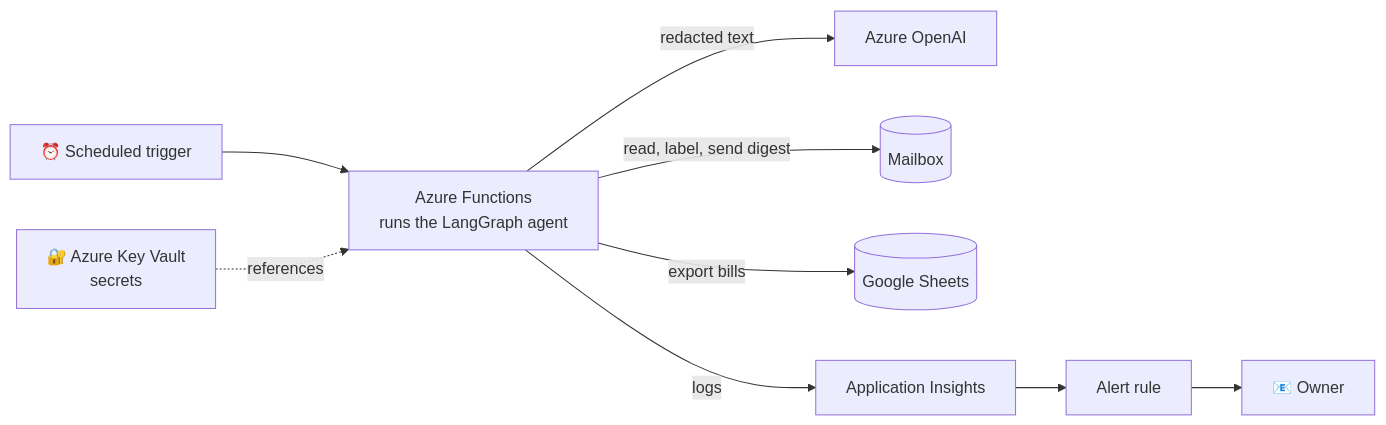
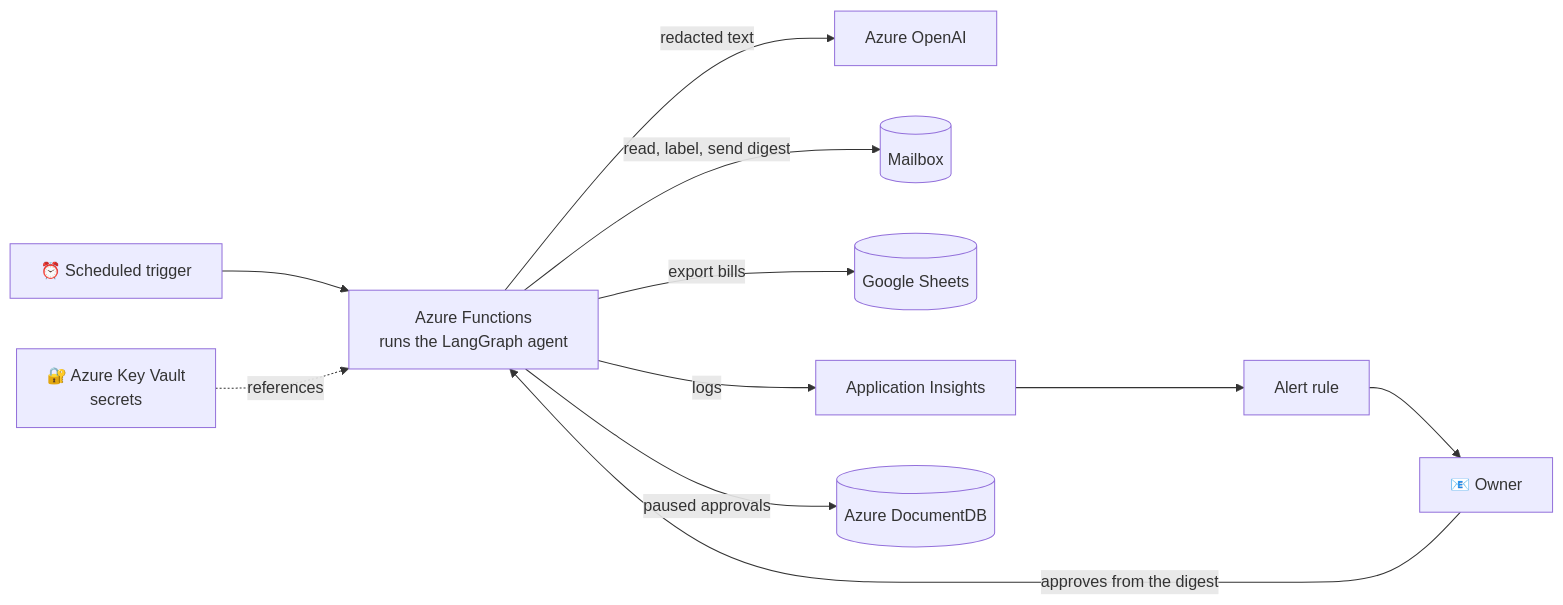
One commit to prerakhere/email-agent changed the second of 2 diagrams in README.md. Above: the diagram before and after it, drawn with Mermaid. The commit also changed other lines of this file, not shown here.

````diff
--- a/README.md
+++ b/README.md
@@ -78,10 +82,12 @@
 ```mermaid
 flowchart LR
     trigger["⏰ Scheduled trigger"] --> func["Azure Functions<br/>runs the LangGraph agent"]
     kv["🔐 Azure Key Vault<br/>secrets"] -. "references" .-> func
     func -- "redacted text" --> aoai["Azure OpenAI"]
     func -- "read, label, send digest" --> mail[("Mailbox")]
     func -- "export bills" --> sheet[("Google Sheets")]
     func -- "logs" --> logs["Application Insights"]
+    func -- "paused approvals" --> db[("Azure DocumentDB")]
+    owner -- "approves from the digest" --> func
     logs --> alert["Alert rule"] --> owner["📧 Owner"]
 ```
````
